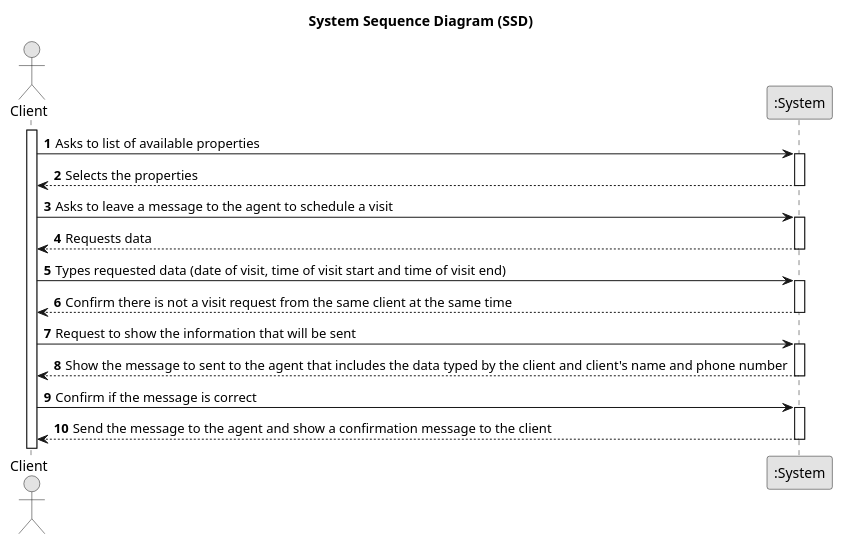
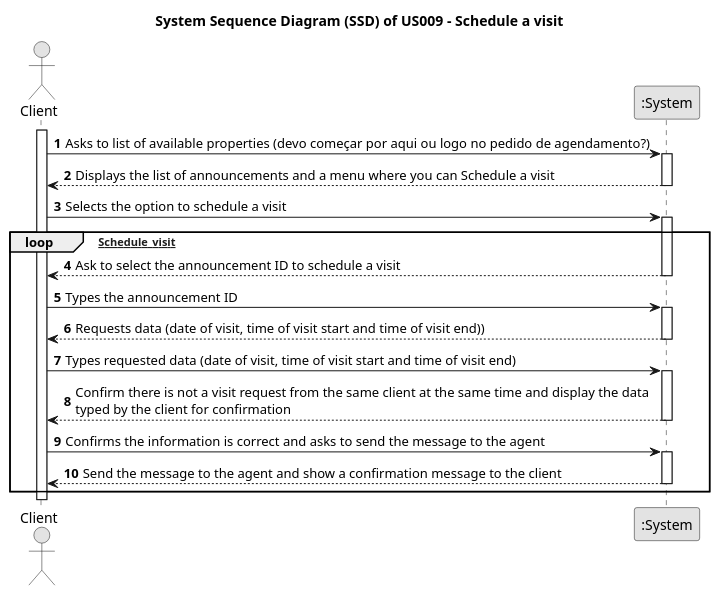
One commit to Goncalves2525/real-estate-management-system changed the diagram in docs/sprintC/us009/01.requirements-engineering/puml/us009-system-sequence-diagram.puml. Above: the diagram before and after it, drawn with PlantUML. The commit also changed 5 other files, not shown here.

```diff
--- a/docs/sprintC/us009/01.requirements-engineering/puml/us009-system-sequence-diagram.puml
+++ b/docs/sprintC/us009/01.requirements-engineering/puml/us009-system-sequence-diagram.puml
@@ -1,46 +1,48 @@
 @startuml
 skinparam monochrome true
 skinparam packageStyle rectangle
 skinparam shadowing false
 
-title System Sequence Diagram (SSD)
+title System Sequence Diagram (SSD) of US009 - Schedule a visit
 
 autonumber
 
 actor "Client" as Client
 participant ":System" as System
 
 activate Client
 
-    Client -> System : Asks to list of available properties
+    Client -> System : Asks to list of available properties (devo começar por aqui ou logo no pedido de agendamento?)
         activate System
 
-        System --> Client : Selects the properties
+        System --> Client : Displays the list of announcements and a menu where you can Schedule a visit
     deactivate System
 
-    Client -> System : Asks to leave a message to the agent to schedule a visit
+    Client -> System : Selects the option to schedule a visit
         activate System
 
-        System --> Client : Requests data
+    loop    [Schedule_visit]
+        System --> Client : Ask to select the announcement ID to schedule a visit
+    deactivate System
+
+    Client -> System : Types the announcement ID
+        activate System
+
+        System --> Client : Requests data (date of visit, time of visit start and time of visit end))
     deactivate System
 
     Client -> System : Types requested data (date of visit, time of visit start and time of visit end)
         activate System
 
-        System --> Client : Confirm there is not a visit request from the same client at the same time
+        System --> Client : Confirm there is not a visit request from the same client at the same time and display the data \ntyped by the client for confirmation
     deactivate System
 
-    Client -> System : Request to show the information that will be sent
-        activate System
-
-    System --> Client : Show the message to sent to the agent that includes the data typed by the client and client's name and phone number
-    deactivate System
-
-    Client -> System : Confirm if the message is correct
+    Client -> System : Confirms the information is correct and asks to send the message to the agent
         activate System
 
         System --> Client : Send the message to the agent and show a confirmation message to the client
     deactivate System
+    end
 
 
 @enduml
```
